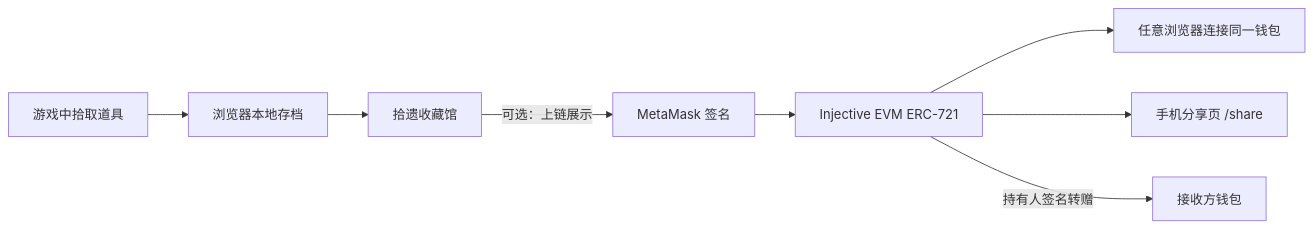
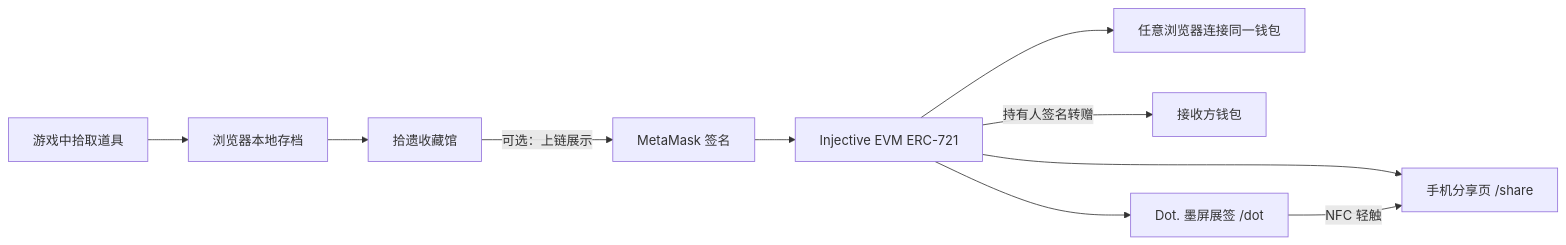
Before and after one commit to Zafer-Liu/Gleanings-Injective: the diagram in zafer.md, drawn with Mermaid. The commit also changed other lines of this file and 9 other files, not shown here.

````diff
--- a/zafer.md
+++ b/zafer.md
@@ -22,10 +22,12 @@
 ```mermaid
 flowchart LR
   A[游戏中拾取道具] --> B[浏览器本地存档]
   B --> C[拾遗收藏馆]
   C -->|可选：上链展示| D[MetaMask 签名]
   D --> E[Injective EVM ERC-721]
   E --> F[任意浏览器连接同一钱包]
   E --> G[手机分享页 /share]
   E -->|持有人签名转赠| H[接收方钱包]
+  E --> I[Dot. 墨屏展签 /dot]
+  I -->|NFC 轻触| G
 ```
````
